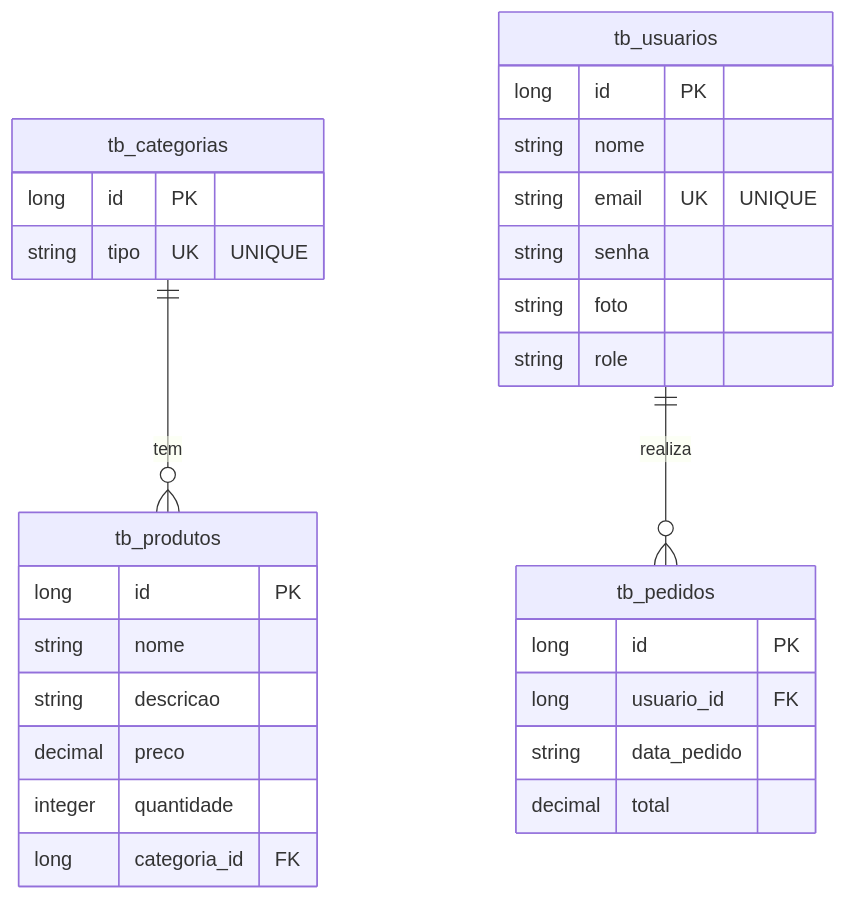
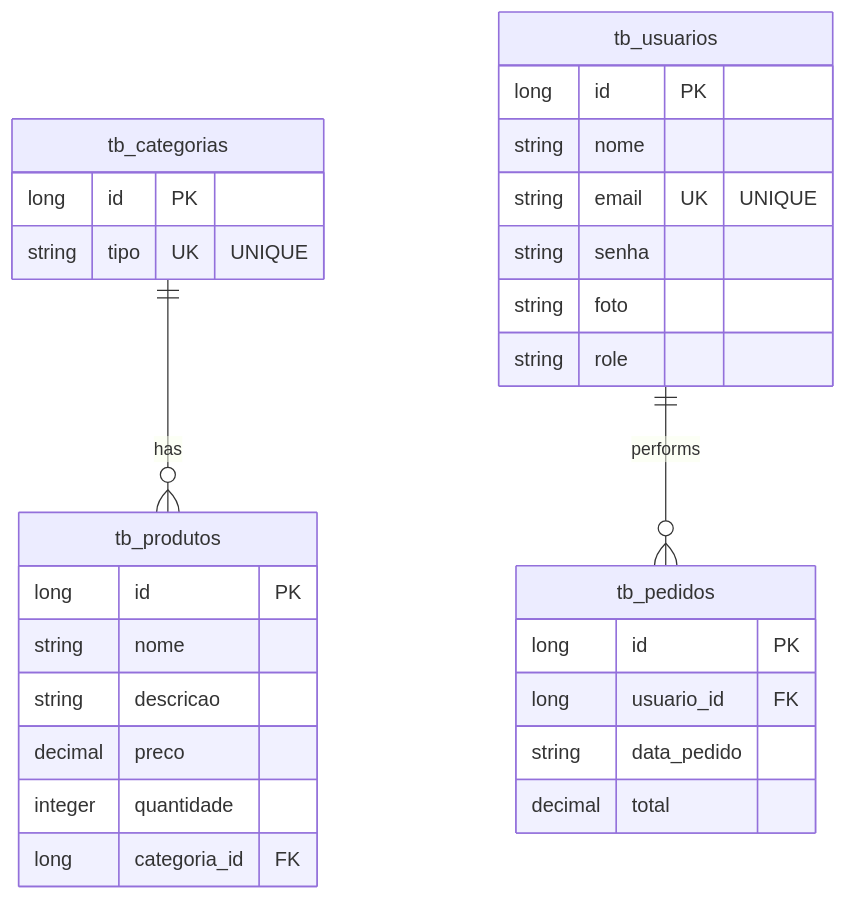
Before and after one commit to carlosmoronisud/Farmacia_E-comerce: the second of 2 diagrams in README.md, drawn with Mermaid. The commit also changed other lines of this file, not shown here.

````diff
--- a/README.md
+++ b/README.md
@@ -104,32 +101,32 @@
 ```mermaid
 erDiagram
-  tb_categorias ||--o{ tb_produtos : tem
-  tb_usuarios ||--o{ tb_pedidos : realiza
-  
-  tb_categorias {
-    long id PK
-    string tipo UK "UNIQUE"
-  }
-  tb_produtos {
-    long id PK
-    string nome
-    string descricao
-    decimal preco 
-    integer quantidade
-    long categoria_id FK
-  }
-  tb_usuarios {
-    long id PK
-    string nome
-    string email UK "UNIQUE"
-    string senha
-    string foto
-    string role
-  }  
-   tb_pedidos {
-    long id PK
-    long usuario_id FK
-    string data_pedido
-    decimal total
-  }
+  tb_categorias ||--o{ tb_produtos : has
+  tb_usuarios ||--o{ tb_pedidos : performs
+  
+  tb_categorias {
+    long id PK
+    string tipo UK "UNIQUE"
+  }
+  tb_produtos {
+    long id PK
+    string nome
+    string descricao
+    decimal preco 
+    integer quantidade
+    long categoria_id FK
+  }
+  tb_usuarios {
+    long id PK
+    string nome
+    string email UK "UNIQUE"
+    string senha
+    string foto
+    string role
+  }  
+   tb_pedidos {
+    long id PK
+    long usuario_id FK
+    string data_pedido
+    decimal total
+  }
 ```
````
